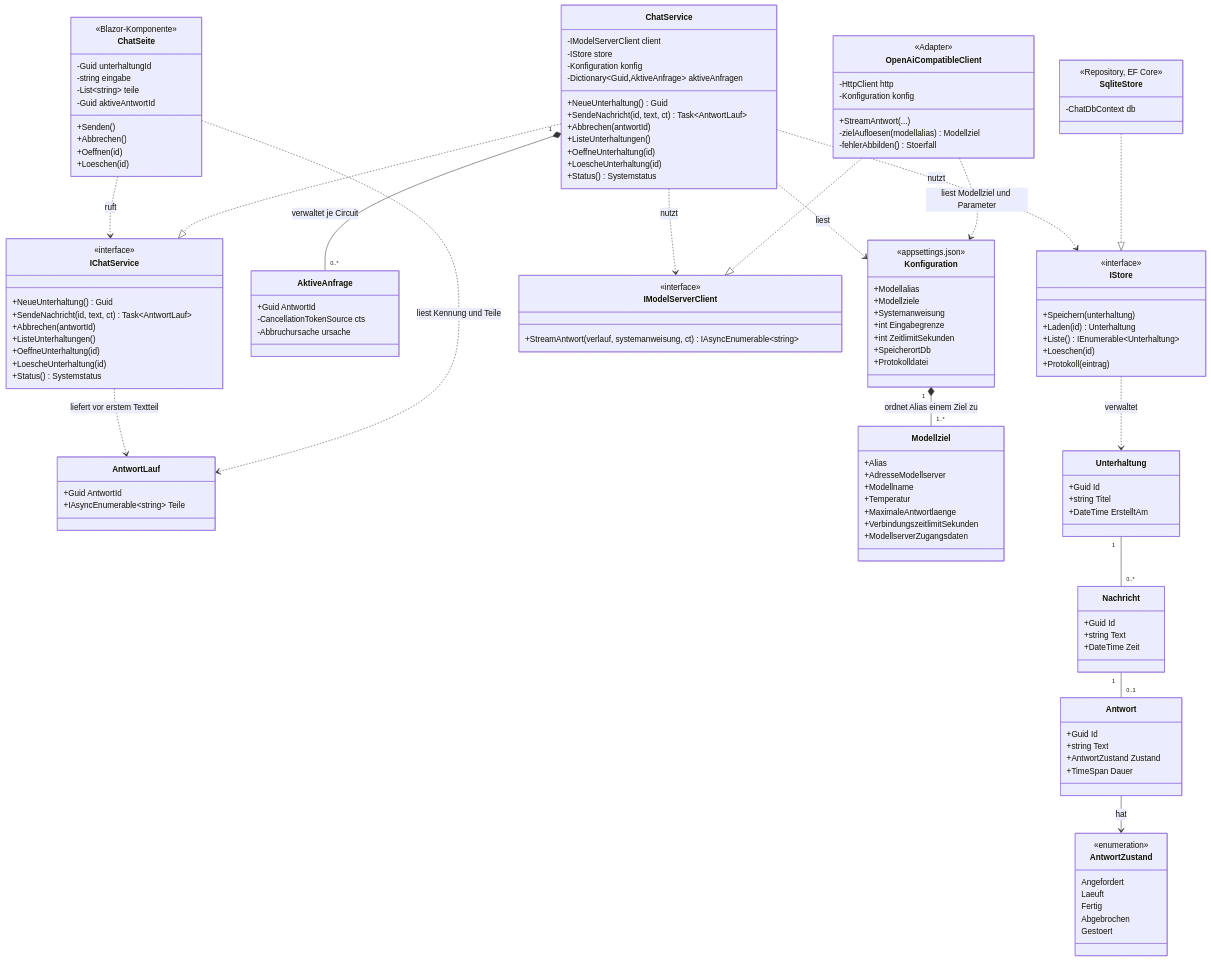
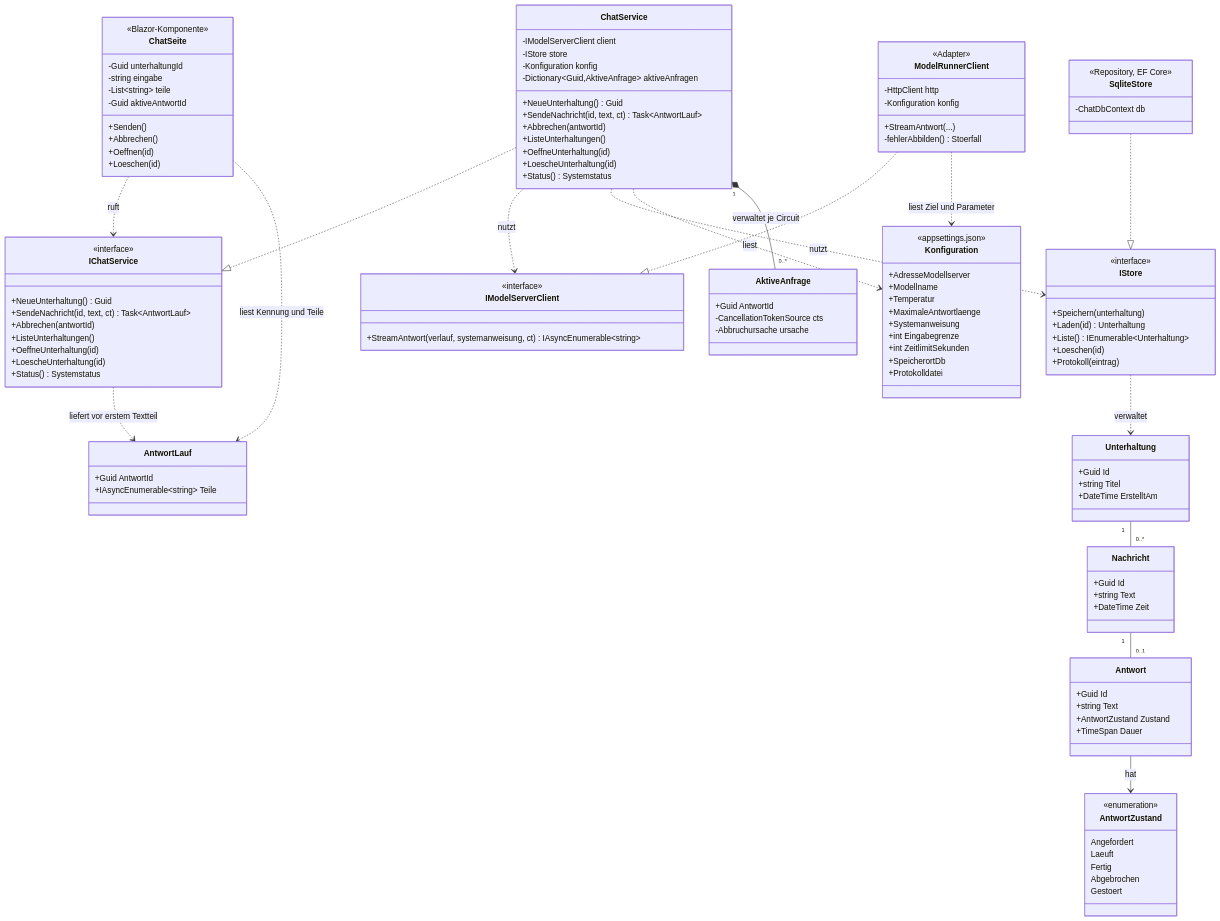
The second of 5 diagrams in agent/Design.md (thedmo/CustomLocalAiFront), drawn with Mermaid before and after one commit. The commit also changed other lines of this file and 19 other files, not shown here.

```diff
--- a/agent/Design.md
+++ b/agent/Design.md
@@ -133,22 +133,15 @@
     }
     class Konfiguration {
         <<appsettings.json>>
-        +Modellalias
-        +Modellziele
+        +AdresseModellserver
+        +Modellname
+        +Temperatur
+        +MaximaleAntwortlaenge
         +Systemanweisung
         +int Eingabegrenze
         +int ZeitlimitSekunden
         +SpeicherortDb
         +Protokolldatei
-    }
-    class Modellziel {
-        +Alias
-        +AdresseModellserver
-        +Modellname
-        +Temperatur
-        +MaximaleAntwortlaenge
-        +VerbindungszeitlimitSekunden
-        +ModellserverZugangsdaten
     }
     class IModelServerClient {
         <<interface>>
@@ -162,12 +155,11 @@
         +Loeschen(id)
         +Protokoll(eintrag)
     }
-    class OpenAiCompatibleClient {
+    class ModelRunnerClient {
         <<Adapter>>
         -HttpClient http
         -Konfiguration konfig
         +StreamAntwort(...)
-        -zielAufloesen(modellalias) Modellziel
         -fehlerAbbilden() Stoerfall
     }
     class SqliteStore {
@@ -206,9 +198,8 @@
     ChatService "1" *-- "0..*" AktiveAnfrage : verwaltet je Circuit
     IChatService ..> AntwortLauf : liefert vor erstem Textteil
     ChatSeite ..> AntwortLauf : liest Kennung und Teile
-    OpenAiCompatibleClient ..|> IModelServerClient
-    OpenAiCompatibleClient ..> Konfiguration : liest Modellziel und Parameter
-    Konfiguration "1" *-- "1..*" Modellziel : ordnet Alias einem Ziel zu
+    ModelRunnerClient ..|> IModelServerClient
+    ModelRunnerClient ..> Konfiguration : liest Ziel und Parameter
     SqliteStore ..|> IStore
     IStore ..> Unterhaltung : verwaltet
     Unterhaltung "1" -- "0..*" Nachricht
```
